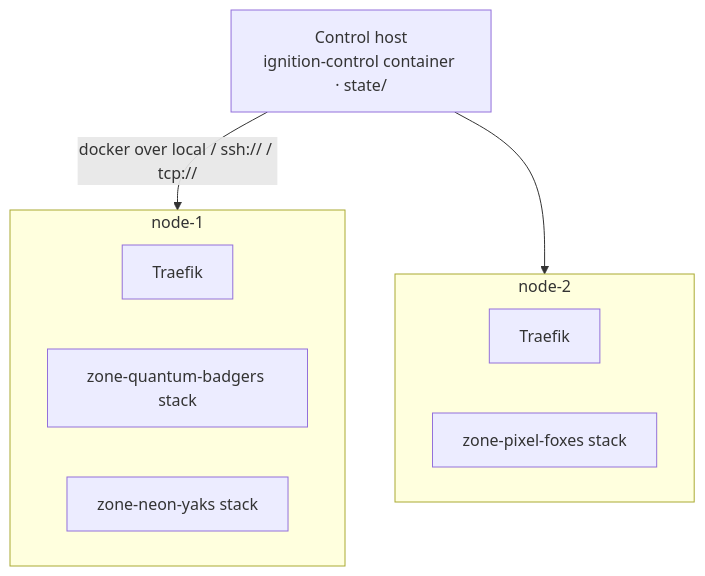
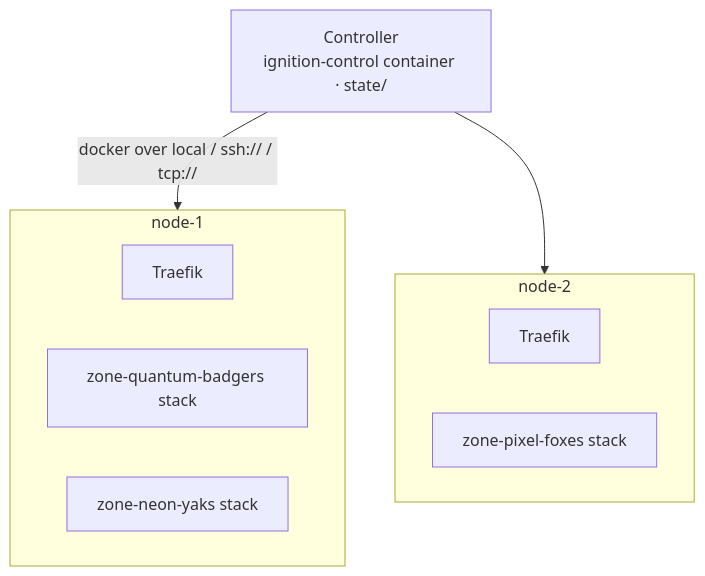
Before and after one commit to johnjoeallen/ignition: the first of 4 diagrams in docs/architecture.md, drawn with Mermaid. The commit also changed other lines of this file and 7 other files, not shown here.

First line of the commit message:
docs: adopt the single-front-door model as the architecture

````diff
--- a/docs/architecture.md
+++ b/docs/architecture.md
@@ -33,16 +38,16 @@
 ```mermaid
 flowchart TB
-    ch["Control host<br/>ignition-control container · state/"]
+    ch["Controller<br/>ignition-control container · state/"]
     ch -->|"docker over local / ssh:// / tcp://"| n1
     ch -->|"    "| n2
 
     subgraph n1["node-1"]
         t1["Traefik"]
         za["zone-quantum-badgers stack"]
         zc["zone-neon-yaks stack"]
     end
     subgraph n2["node-2"]
         t2["Traefik"]
         zb["zone-pixel-foxes stack"]
     end
 ```
````
